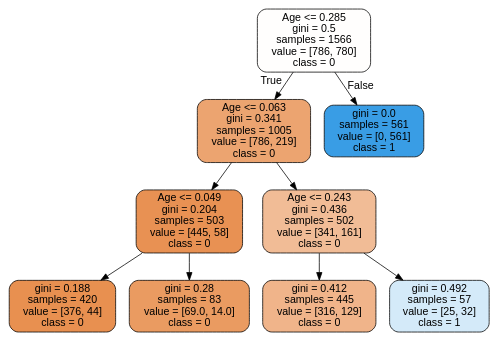
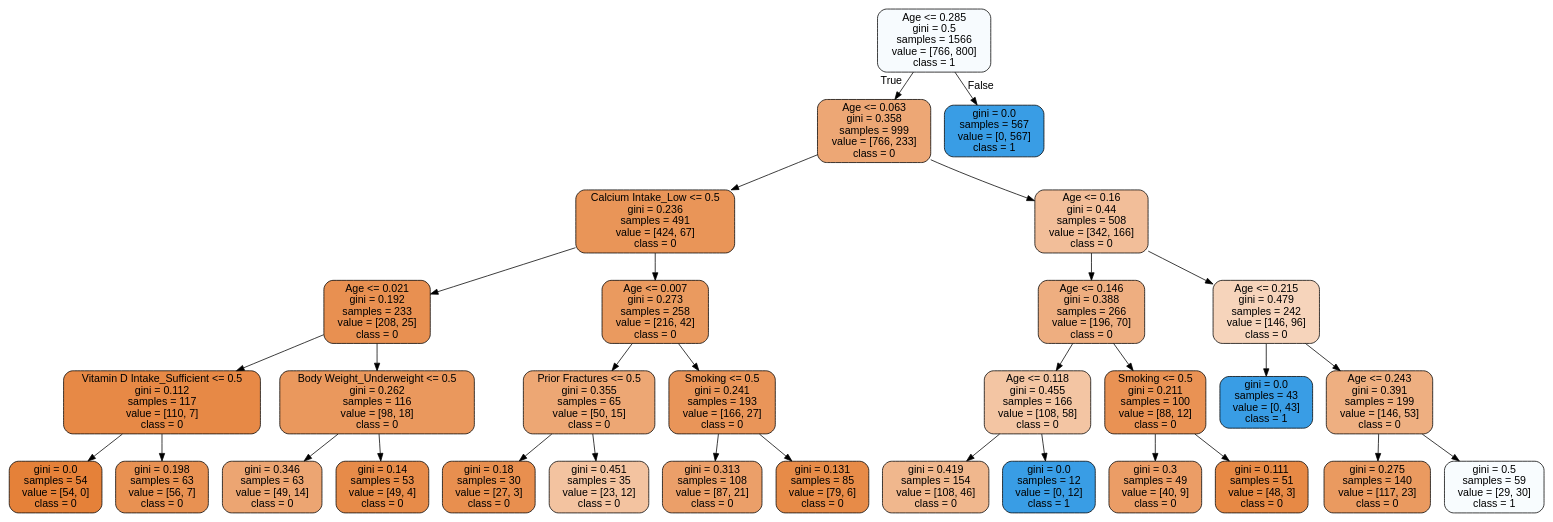
Before and after one commit to shuvosharkr/Osteoporosis-Risk-Prediction: the diagram in images/decision_trees/osteoporesis.dot, drawn with Graphviz. The commit also changed 2 other files, not shown here.

```diff
--- a/images/decision_trees/osteoporesis.dot
+++ b/images/decision_trees/osteoporesis.dot
@@ -1,21 +1,65 @@
 digraph Tree {
 node [shape=box, style="filled, rounded", color="black", fontname="helvetica"] ;
 edge [fontname="helvetica"] ;
-0 [label="Age <= 0.285\ngini = 0.5\nsamples = 1566\nvalue = [786, 780]\nclass = 0", fillcolor="#fffefd"] ;
-1 [label="Age <= 0.063\ngini = 0.341\nsamples = 1005\nvalue = [786, 219]\nclass = 0", fillcolor="#eca470"] ;
+0 [label="Age <= 0.285\ngini = 0.5\nsamples = 1566\nvalue = [766, 800]\nclass = 1", fillcolor="#f7fbfe"] ;
+1 [label="Age <= 0.063\ngini = 0.358\nsamples = 999\nvalue = [766, 233]\nclass = 0", fillcolor="#eda775"] ;
 0 -> 1 [labeldistance=2.5, labelangle=45, headlabel="True"] ;
-2 [label="Age <= 0.049\ngini = 0.204\nsamples = 503\nvalue = [445, 58]\nclass = 0", fillcolor="#e89153"] ;
+2 [label="Calcium Intake_Low <= 0.5\ngini = 0.236\nsamples = 491\nvalue = [424, 67]\nclass = 0", fillcolor="#e99558"] ;
 1 -> 2 ;
-3 [label="gini = 0.188\nsamples = 420\nvalue = [376, 44]\nclass = 0", fillcolor="#e89050"] ;
+3 [label="Age <= 0.021\ngini = 0.192\nsamples = 233\nvalue = [208, 25]\nclass = 0", fillcolor="#e89051"] ;
 2 -> 3 ;
-4 [label="gini = 0.28\nsamples = 83\nvalue = [69.0, 14.0]\nclass = 0", fillcolor="#ea9b61"] ;
-2 -> 4 ;
-5 [label="Age <= 0.243\ngini = 0.436\nsamples = 502\nvalue = [341, 161]\nclass = 0", fillcolor="#f1bc96"] ;
-1 -> 5 ;
-6 [label="gini = 0.412\nsamples = 445\nvalue = [316, 129]\nclass = 0", fillcolor="#f0b48a"] ;
-5 -> 6 ;
-7 [label="gini = 0.492\nsamples = 57\nvalue = [25, 32]\nclass = 1", fillcolor="#d4eaf9"] ;
-5 -> 7 ;
-8 [label="gini = 0.0\nsamples = 561\nvalue = [0, 561]\nclass = 1", fillcolor="#399de5"] ;
-0 -> 8 [labeldistance=2.5, labelangle=-45, headlabel="False"] ;
+4 [label="Vitamin D Intake_Sufficient <= 0.5\ngini = 0.112\nsamples = 117\nvalue = [110, 7]\nclass = 0", fillcolor="#e78946"] ;
+3 -> 4 ;
+5 [label="gini = 0.0\nsamples = 54\nvalue = [54, 0]\nclass = 0", fillcolor="#e58139"] ;
+4 -> 5 ;
+6 [label="gini = 0.198\nsamples = 63\nvalue = [56, 7]\nclass = 0", fillcolor="#e89152"] ;
+4 -> 6 ;
+7 [label="Body Weight_Underweight <= 0.5\ngini = 0.262\nsamples = 116\nvalue = [98, 18]\nclass = 0", fillcolor="#ea985d"] ;
+3 -> 7 ;
+8 [label="gini = 0.346\nsamples = 63\nvalue = [49, 14]\nclass = 0", fillcolor="#eca572"] ;
+7 -> 8 ;
+9 [label="gini = 0.14\nsamples = 53\nvalue = [49, 4]\nclass = 0", fillcolor="#e78b49"] ;
+7 -> 9 ;
+10 [label="Age <= 0.007\ngini = 0.273\nsamples = 258\nvalue = [216, 42]\nclass = 0", fillcolor="#ea9a5f"] ;
+2 -> 10 ;
+11 [label="Prior Fractures <= 0.5\ngini = 0.355\nsamples = 65\nvalue = [50, 15]\nclass = 0", fillcolor="#eda774"] ;
+10 -> 11 ;
+12 [label="gini = 0.18\nsamples = 30\nvalue = [27, 3]\nclass = 0", fillcolor="#e88f4f"] ;
+11 -> 12 ;
+13 [label="gini = 0.451\nsamples = 35\nvalue = [23, 12]\nclass = 0", fillcolor="#f3c3a0"] ;
+11 -> 13 ;
+14 [label="Smoking <= 0.5\ngini = 0.241\nsamples = 193\nvalue = [166, 27]\nclass = 0", fillcolor="#e99559"] ;
+10 -> 14 ;
+15 [label="gini = 0.313\nsamples = 108\nvalue = [87, 21]\nclass = 0", fillcolor="#eb9f69"] ;
+14 -> 15 ;
+16 [label="gini = 0.131\nsamples = 85\nvalue = [79, 6]\nclass = 0", fillcolor="#e78b48"] ;
+14 -> 16 ;
+17 [label="Age <= 0.16\ngini = 0.44\nsamples = 508\nvalue = [342, 166]\nclass = 0", fillcolor="#f2be99"] ;
+1 -> 17 ;
+18 [label="Age <= 0.146\ngini = 0.388\nsamples = 266\nvalue = [196, 70]\nclass = 0", fillcolor="#eeae80"] ;
+17 -> 18 ;
+19 [label="Age <= 0.118\ngini = 0.455\nsamples = 166\nvalue = [108, 58]\nclass = 0", fillcolor="#f3c5a3"] ;
+18 -> 19 ;
+20 [label="gini = 0.419\nsamples = 154\nvalue = [108, 46]\nclass = 0", fillcolor="#f0b78d"] ;
+19 -> 20 ;
+21 [label="gini = 0.0\nsamples = 12\nvalue = [0, 12]\nclass = 1", fillcolor="#399de5"] ;
+19 -> 21 ;
+22 [label="Smoking <= 0.5\ngini = 0.211\nsamples = 100\nvalue = [88, 12]\nclass = 0", fillcolor="#e99254"] ;
+18 -> 22 ;
+23 [label="gini = 0.3\nsamples = 49\nvalue = [40, 9]\nclass = 0", fillcolor="#eb9d66"] ;
+22 -> 23 ;
+24 [label="gini = 0.111\nsamples = 51\nvalue = [48, 3]\nclass = 0", fillcolor="#e78945"] ;
+22 -> 24 ;
+25 [label="Age <= 0.215\ngini = 0.479\nsamples = 242\nvalue = [146, 96]\nclass = 0", fillcolor="#f6d4bb"] ;
+17 -> 25 ;
+26 [label="gini = 0.0\nsamples = 43\nvalue = [0, 43]\nclass = 1", fillcolor="#399de5"] ;
+25 -> 26 ;
+27 [label="Age <= 0.243\ngini = 0.391\nsamples = 199\nvalue = [146, 53]\nclass = 0", fillcolor="#eeaf81"] ;
+25 -> 27 ;
+28 [label="gini = 0.275\nsamples = 140\nvalue = [117, 23]\nclass = 0", fillcolor="#ea9a60"] ;
+27 -> 28 ;
+29 [label="gini = 0.5\nsamples = 59\nvalue = [29, 30]\nclass = 1", fillcolor="#f8fcfe"] ;
+27 -> 29 ;
+30 [label="gini = 0.0\nsamples = 567\nvalue = [0, 567]\nclass = 1", fillcolor="#399de5"] ;
+0 -> 30 [labeldistance=2.5, labelangle=-45, headlabel="False"] ;
 }
```
